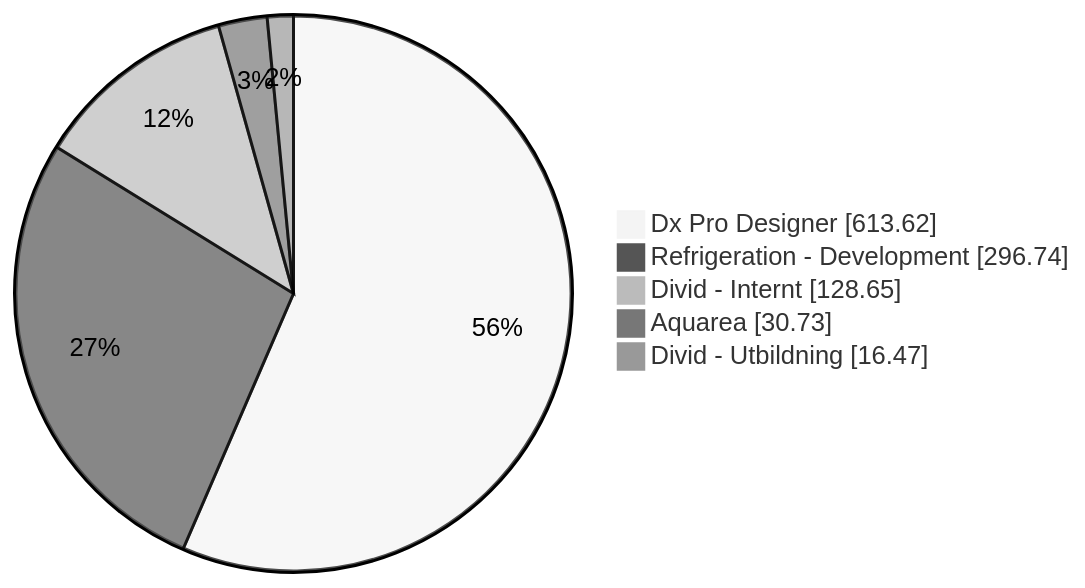
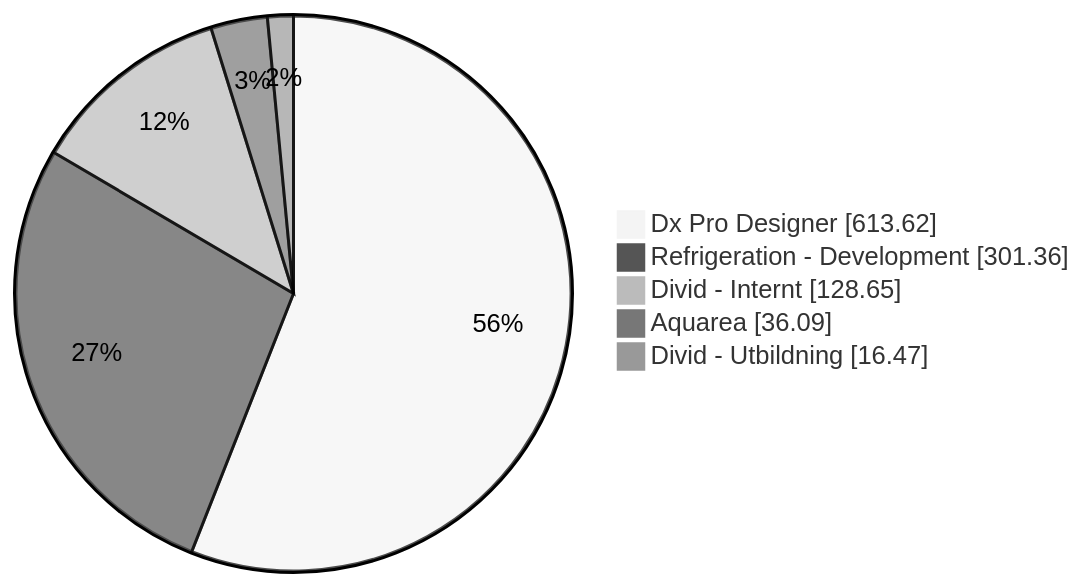
The first of 5 diagrams in README.org (albinforsberg-netizen/timeclock), drawn with Mermaid (neutral theme) before and after one commit. The commit also changed other lines of this file, not shown here.

```diff
--- a/README.org
+++ b/README.org
@@ -34,8 +34,8 @@
 #+begin_src mermaid
 pie showData
     "Dx Pro Designer" : 613.62
-    "Refrigeration - Development" : 296.74
+    "Refrigeration - Development" : 301.36
     "Divid - Internt" : 128.65
-    "Aquarea" : 30.73
+    "Aquarea" : 36.09
     "Divid - Utbildning" : 16.47
 #+end_src
```
